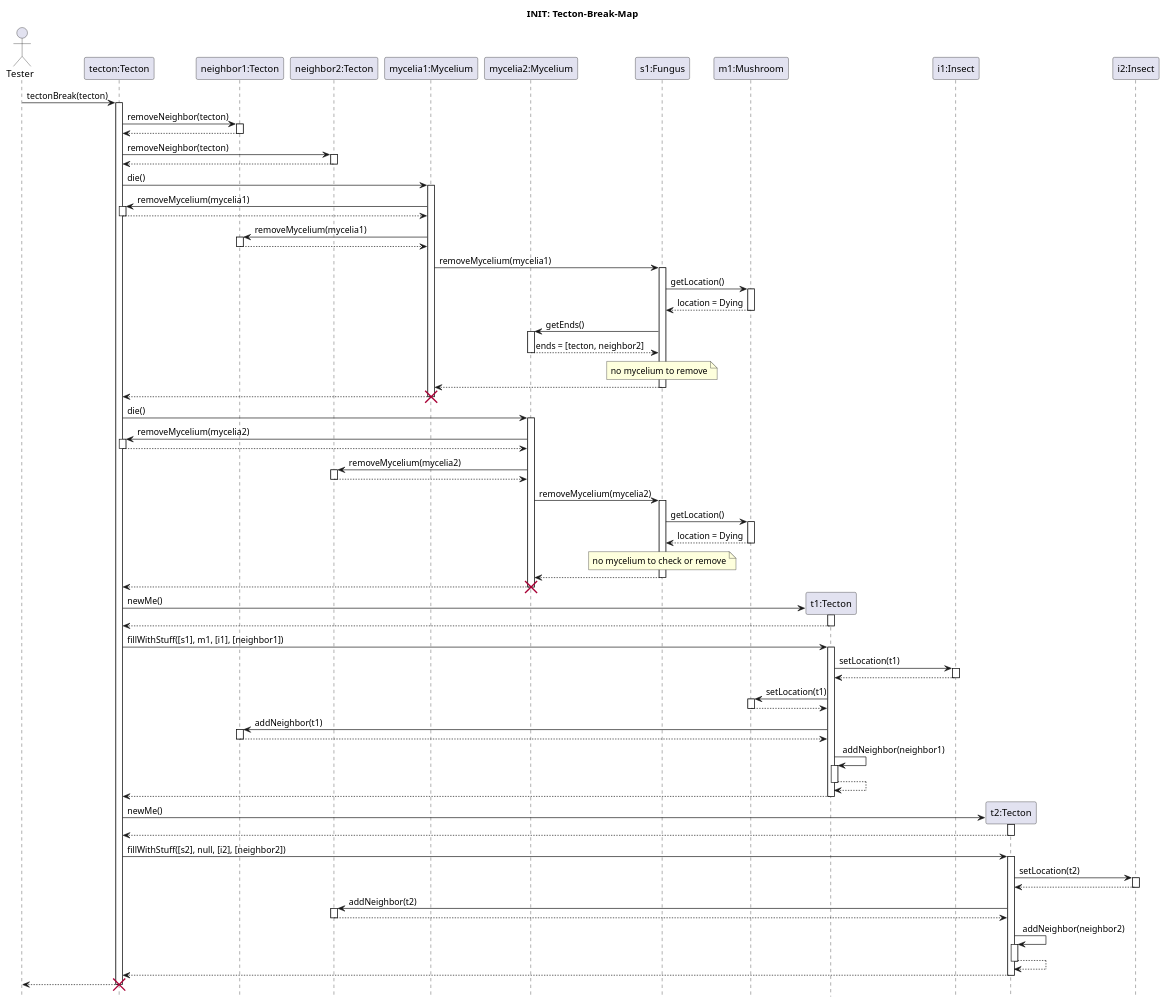
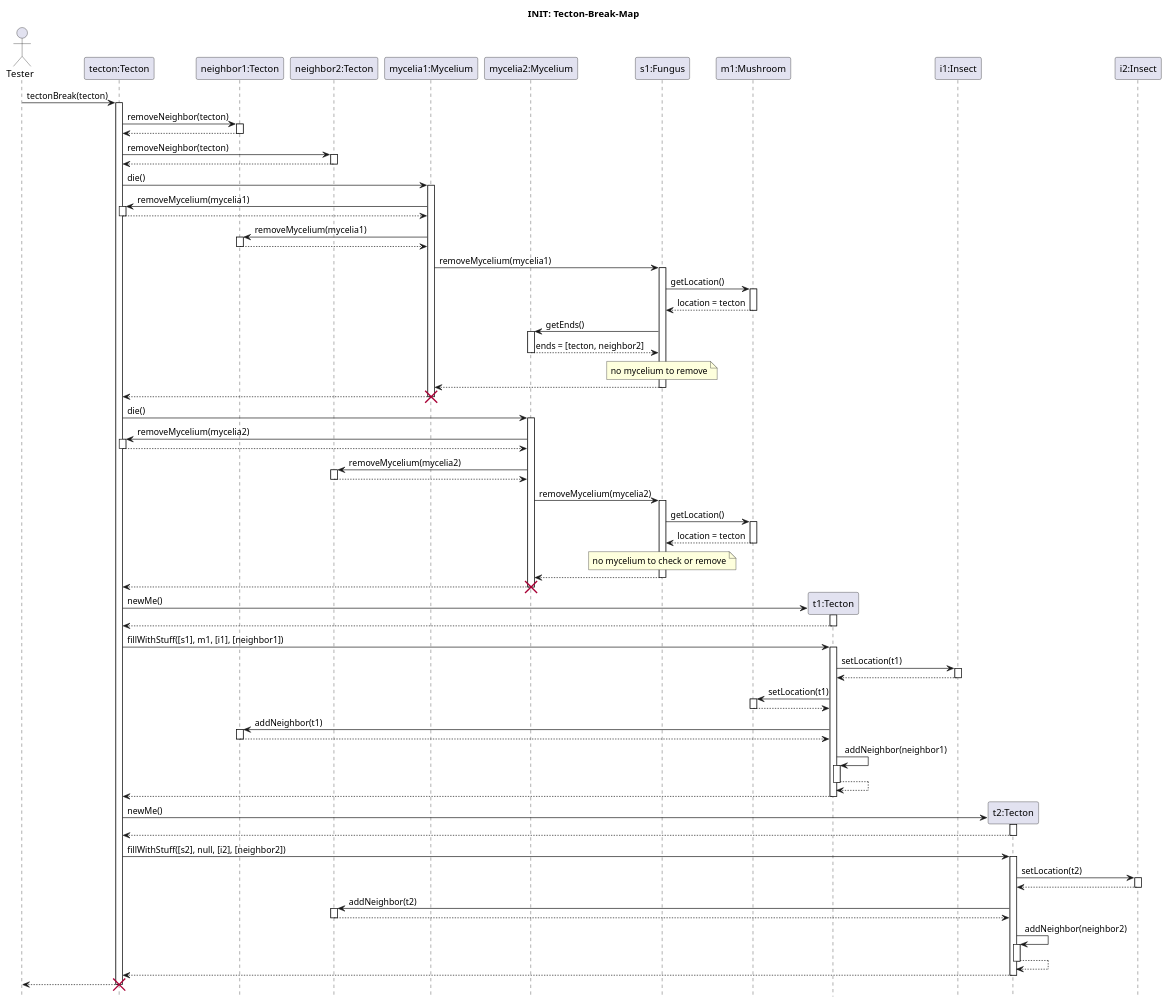
The diagram in Skeleton/Tecton-break/tecton-break.pu (ZD4ve/projlab-error521), drawn with PlantUML before and after one commit.

Commit message:
not dying

```diff
--- a/Skeleton/Tecton-break/tecton-break.pu
+++ b/Skeleton/Tecton-break/tecton-break.pu
@@ -1,126 +1,126 @@
 @startuml Tecton/tecton-break-seq
 hide footbox
 
 title INIT: Tecton-Break-Map
 
 actor Tester
 participant "tecton:Tecton" as Dying
 participant "neighbor1:Tecton" as neighbor1
 participant "neighbor2:Tecton" as neighbor2
 participant "mycelia1:Mycelium" as mycelia1
 participant "mycelia2:Mycelium" as mycelia2
 
 participant "s1:Fungus" as s1
 
 Tester -> Dying : tectonBreak(tecton)
 activate Dying
 
     participant "m1:Mushroom" as mushroom
     Dying -> neighbor1 : removeNeighbor(tecton)
     activate neighbor1
     return
 
     Dying -> neighbor2 : removeNeighbor(tecton)
     activate neighbor2
     return
 
             Dying -> mycelia1 : die()
 
                 activate mycelia1
                 mycelia1 -> Dying : removeMycelium(mycelia1)
                 activate Dying
                 return
                 mycelia1 -> neighbor1 : removeMycelium(mycelia1)
                 activate neighbor1
                 return
                 mycelia1 -> s1 : removeMycelium(mycelia1)
                 activate s1
                 s1 -> mushroom : getLocation()
                 activate mushroom
-                return location = Dying
+                return location = tecton
                 s1 -> mycelia2 : getEnds()
                 activate mycelia2
                 return ends = [tecton, neighbor2]
 
                 note over s1 : no mycelium to remove
                 return
 
             return
             destroy mycelia1
 
             Dying -> mycelia2 : die()
             activate mycelia2
                 mycelia2 -> Dying : removeMycelium(mycelia2)
                 activate Dying
                 return
                 mycelia2 -> neighbor2 : removeMycelium(mycelia2)
                 activate neighbor2
                 return
                 mycelia2 -> s1 : removeMycelium(mycelia2)
                 activate s1
                 s1 -> mushroom : getLocation()
                 activate mushroom
-                return location = Dying
+                return location = tecton
 
                 note over s1 : no mycelium to check or remove
                 return
             return
             destroy mycelia2
 
 
 
     create "t1:Tecton" as New1
     Dying -> New1 : newMe()
     activate New1
     return
     Dying -> New1 : fillWithStuff([s1], m1, [i1], [neighbor1])
     activate New1
 
             participant "i1:Insect" as insect1
 
             New1 -> insect1 : setLocation(t1)
             activate insect1
             return
 
             New1 -> mushroom : setLocation(t1)
             activate mushroom
             return
 
             New1 -> neighbor1 : addNeighbor(t1)
             activate neighbor1
             return
 
             New1 -> New1 : addNeighbor(neighbor1)
             activate New1
             return
 
     return
 
     create "t2:Tecton" as New2
     Dying -> New2 : newMe()
     activate New2
     return
 
     Dying -> New2 : fillWithStuff([s2], null, [i2], [neighbor2])
     activate New2
 
             participant "i2:Insect" as insect2
 
             New2 -> insect2 : setLocation(t2)
             activate insect2
             return
 
             New2 -> neighbor2 : addNeighbor(t2)
             activate neighbor2
             return
 
             New2 -> New2 : addNeighbor(neighbor2)
             activate New2
             return
 
     return
 
 return
 destroy Dying
 
 @enduml
```
